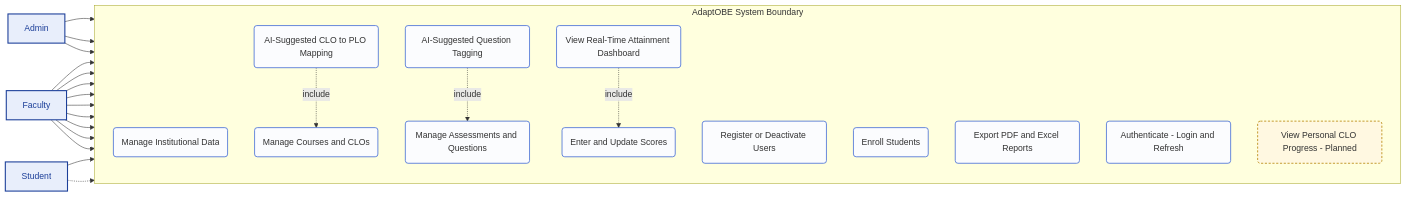
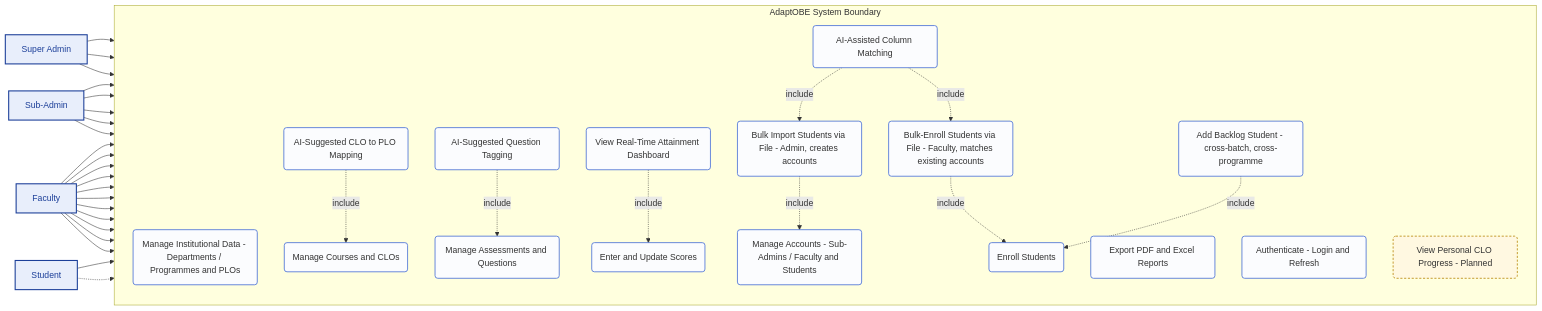
One commit to developer-kamran/AdaptOBE changed the second of 5 diagrams in docs/SDD.md. Above: the diagram before and after it, drawn with Mermaid. The commit also changed other lines of this file and 118 other files, not shown here.

````diff
--- a/docs/SDD.md
+++ b/docs/SDD.md
@@ -168,48 +170,65 @@
 ```mermaid
 flowchart LR
-    Admin[Admin]
+    SuperAdmin[Super Admin]
+    SubAdmin[Sub-Admin]
     Faculty[Faculty]
     Student[Student]
 
     subgraph SYS[AdaptOBE System Boundary]
         direction TB
-        UC1(Manage Institutional Data)
-        UC2(Register or Deactivate Users)
+        UC1(Manage Institutional Data - Departments / Programmes and PLOs)
+        UC2(Manage Accounts - Sub-Admins / Faculty and Students)
         UC3(Manage Courses and CLOs)
         UC4(AI-Suggested CLO to PLO Mapping)
         UC5(Manage Assessments and Questions)
         UC6(AI-Suggested Question Tagging)
         UC7(Enroll Students)
         UC8(Enter and Update Scores)
         UC9(View Real-Time Attainment Dashboard)
         UC10(Export PDF and Excel Reports)
         UC11(Authenticate - Login and Refresh)
         UC12(View Personal CLO Progress - Planned)
+        UC13(Bulk Import Students via File - Admin, creates accounts)
+        UC14(AI-Assisted Column Matching)
+        UC15(Bulk-Enroll Students via File - Faculty, matches existing accounts)
+        UC16(Add Backlog Student - cross-batch, cross-programme)
     end
 
-    Admin --> UC1
-    Admin --> UC2
-    Admin --> UC11
+    SuperAdmin --> UC1
+    SuperAdmin --> UC2
+    SuperAdmin --> UC11
+    SubAdmin --> UC1
+    SubAdmin --> UC2
+    SubAdmin --> UC3
+    SubAdmin --> UC11
+    SubAdmin --> UC13
     Faculty --> UC3
     Faculty --> UC4
     Faculty --> UC5
     Faculty --> UC6
     Faculty --> UC7
     Faculty --> UC8
     Faculty --> UC9
     Faculty --> UC10
     Faculty --> UC11
+    Faculty --> UC15
+    Faculty --> UC16
     Student --> UC11
     Student -.-> UC12
     UC4 -. include .-> UC3
     UC6 -. include .-> UC5
     UC9 -. include .-> UC8
+    UC14 -. include .-> UC13
+    UC13 -. include .-> UC2
+    UC14 -. include .-> UC15
+    UC15 -. include .-> UC7
+    UC16 -. include .-> UC7
 
     classDef actor fill:#E8EEFB,stroke:#1C3F99,stroke-width:2px,color:#1C3F99
     classDef uc fill:#FBFCFE,stroke:#476FD6,stroke-width:1.5px
     classDef planned fill:#FFF8E1,stroke:#B8860B,stroke-width:1.5px,stroke-dasharray: 4 3
 
-    class Admin,Faculty,Student actor
-    class UC1,UC2,UC3,UC4,UC5,UC6,UC7,UC8,UC9,UC10,UC11 uc
+    class SuperAdmin,SubAdmin,Faculty,Student actor
+    class UC1,UC2,UC3,UC4,UC5,UC6,UC7,UC8,UC9,UC10,UC11,UC13,UC14,UC15,UC16 uc
     class UC12 planned
 ```
````
